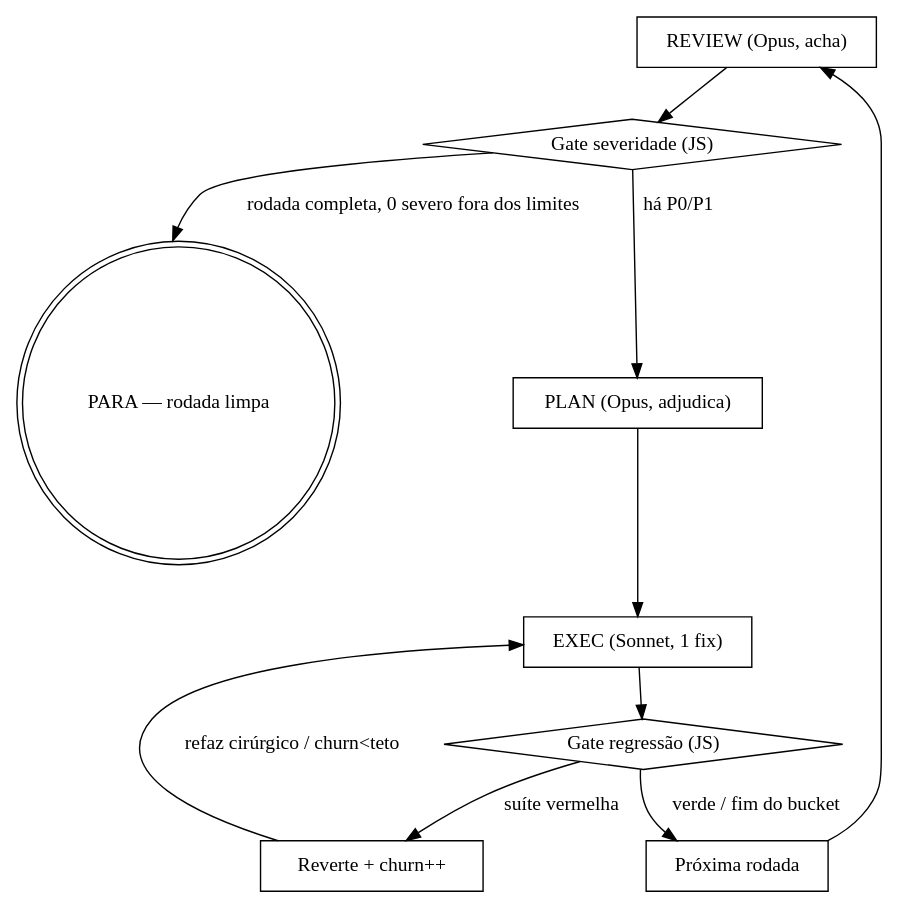
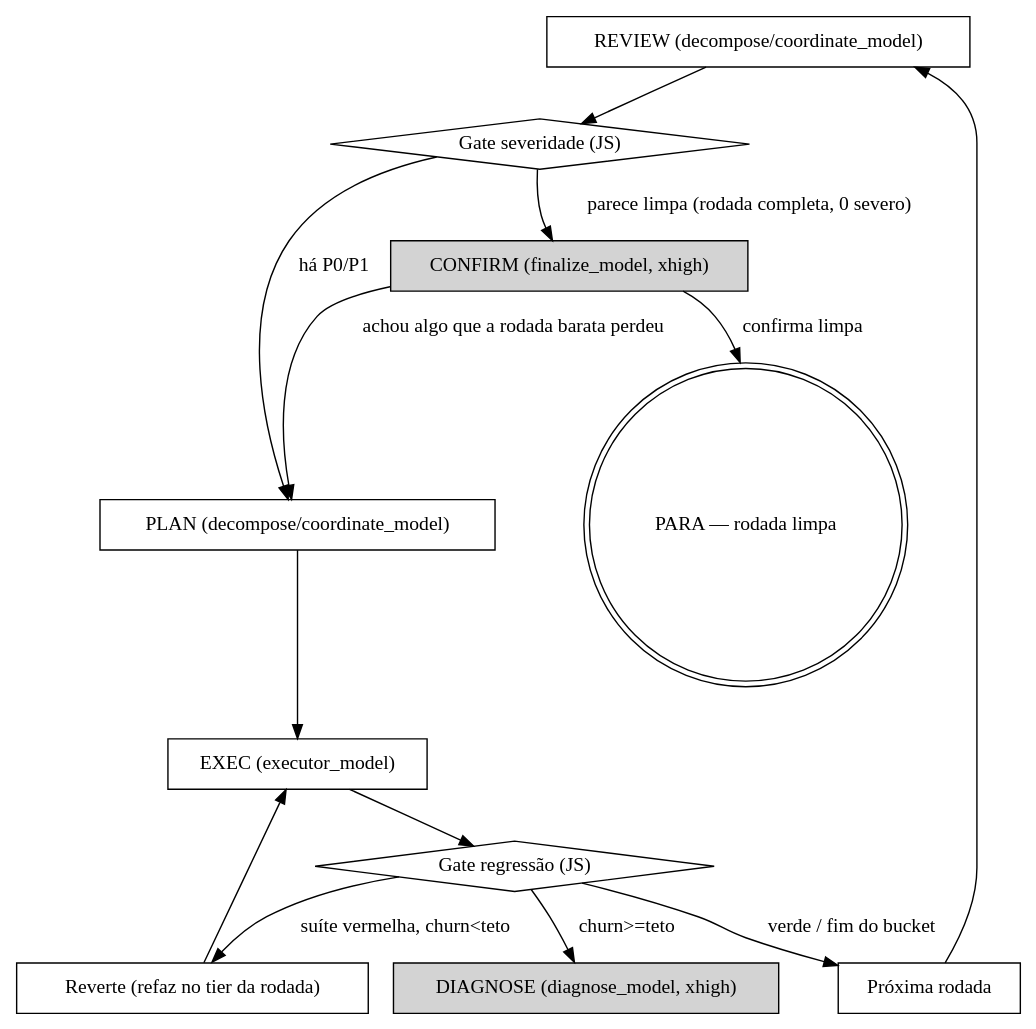
One commit to pedroberaldo87/pedro-plugins changed the second of 2 diagrams in plugins/qa-loop/skills/qa-loop/SKILL.md. Above: the diagram before and after it, drawn with Graphviz. The commit also changed other lines of this file and 3 other files, not shown here.

````diff
--- a/plugins/qa-loop/skills/qa-loop/SKILL.md
+++ b/plugins/qa-loop/skills/qa-loop/SKILL.md
@@ -114,23 +132,28 @@
 ```dot
 digraph motor {
     rankdir=TB;
-    "REVIEW (Opus, acha)" [shape=box];
+    "REVIEW (decompose/coordinate_model)" [shape=box];
     "Gate severidade (JS)" [shape=diamond];
-    "PLAN (Opus, adjudica)" [shape=box];
-    "EXEC (Sonnet, 1 fix)" [shape=box];
+    "CONFIRM (finalize_model, xhigh)" [shape=box, style=filled];
+    "PLAN (decompose/coordinate_model)" [shape=box];
+    "EXEC (executor_model)" [shape=box];
     "Gate regressão (JS)" [shape=diamond];
-    "Reverte + churn++" [shape=box];
+    "Reverte (refaz no tier da rodada)" [shape=box];
+    "DIAGNOSE (diagnose_model, xhigh)" [shape=box, style=filled];
     "PARA — rodada limpa" [shape=doublecircle];
     "Próxima rodada" [shape=box];
 
-    "REVIEW (Opus, acha)" -> "Gate severidade (JS)";
-    "Gate severidade (JS)" -> "PARA — rodada limpa" [label="rodada completa, 0 severo fora dos limites"];
-    "Gate severidade (JS)" -> "PLAN (Opus, adjudica)" [label="há P0/P1"];
-    "PLAN (Opus, adjudica)" -> "EXEC (Sonnet, 1 fix)";
-    "EXEC (Sonnet, 1 fix)" -> "Gate regressão (JS)";
-    "Gate regressão (JS)" -> "Reverte + churn++" [label="suíte vermelha"];
-    "Reverte + churn++" -> "EXEC (Sonnet, 1 fix)" [label="refaz cirúrgico / churn<teto"];
+    "REVIEW (decompose/coordinate_model)" -> "Gate severidade (JS)";
+    "Gate severidade (JS)" -> "CONFIRM (finalize_model, xhigh)" [label="parece limpa (rodada completa, 0 severo)"];
+    "CONFIRM (finalize_model, xhigh)" -> "PARA — rodada limpa" [label="confirma limpa"];
+    "CONFIRM (finalize_model, xhigh)" -> "PLAN (decompose/coordinate_model)" [label="achou algo que a rodada barata perdeu"];
+    "Gate severidade (JS)" -> "PLAN (decompose/coordinate_model)" [label="há P0/P1"];
+    "PLAN (decompose/coordinate_model)" -> "EXEC (executor_model)";
+    "EXEC (executor_model)" -> "Gate regressão (JS)";
+    "Gate regressão (JS)" -> "Reverte (refaz no tier da rodada)" [label="suíte vermelha, churn<teto"];
+    "Gate regressão (JS)" -> "DIAGNOSE (diagnose_model, xhigh)" [label="churn>=teto"];
+    "Reverte (refaz no tier da rodada)" -> "EXEC (executor_model)";
     "Gate regressão (JS)" -> "Próxima rodada" [label="verde / fim do bucket"];
-    "Próxima rodada" -> "REVIEW (Opus, acha)";
+    "Próxima rodada" -> "REVIEW (decompose/coordinate_model)";
 }
 ```
````
